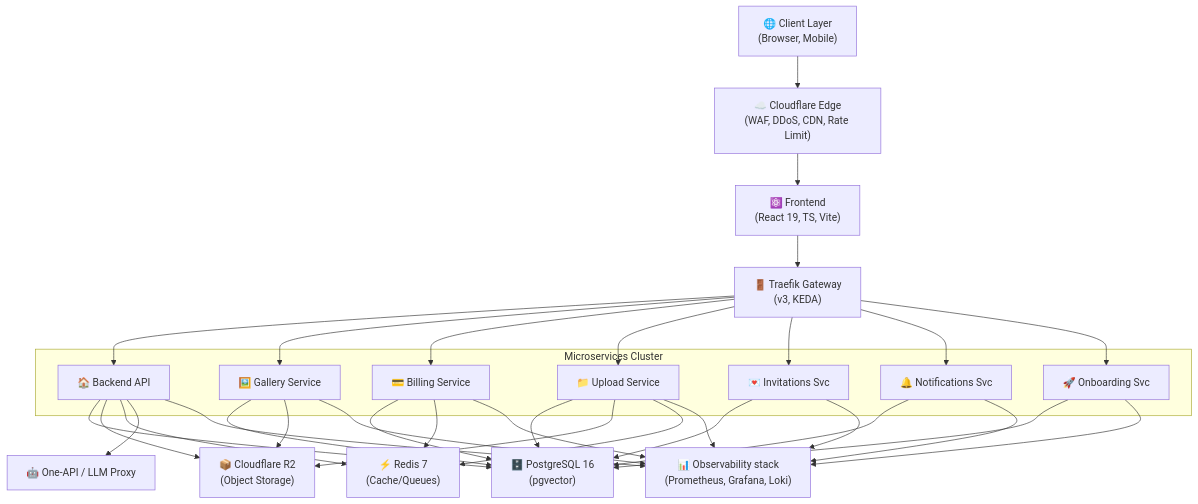
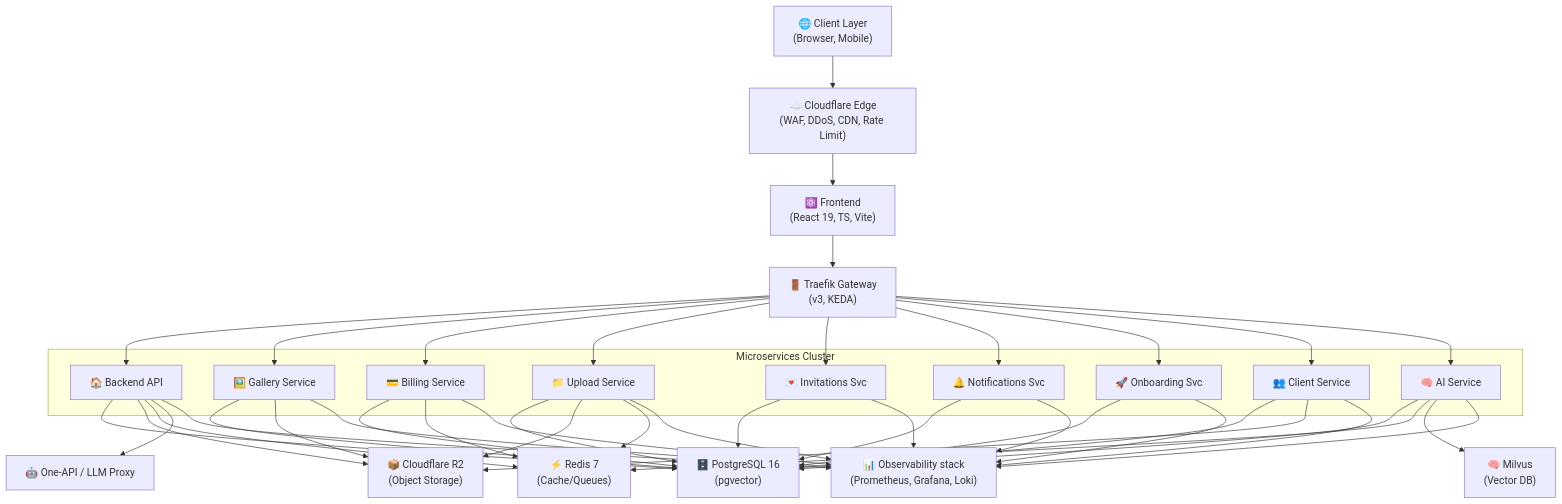
Before and after one commit to veerababumanyam/RawDrive: the diagram in docs/project/01-TECH_STACK.md, drawn with Mermaid. The commit also changed 2 other files, not shown here.

Commit message:
docs: update architecture and readme for v0.3.1

````diff
--- a/docs/project/01-TECH_STACK.md
+++ b/docs/project/01-TECH_STACK.md
@@ -94,45 +94,51 @@
 ```mermaid
 graph TB
     Client["🌐 Client Layer<br/>(Browser, Mobile)"]
     
     CF["☁️ Cloudflare Edge<br/>(WAF, DDoS, CDN, Rate Limit)"]
     
     Frontend["⚛️ Frontend<br/>(React 19, TS, Vite)"]
     
     Ingress["🚪 Traefik Gateway<br/>(v3, KEDA)"]
     
     subgraph "Microservices Cluster"
         Backend["🏠 Backend API"]
         Gallery["🖼️ Gallery Service"]
         Billing["💳 Billing Service"]
         Upload["📁 Upload Service"]
         Invitations["💌 Invitations Svc"]
         Notifications["🔔 Notifications Svc"]
         Onboarding["🚀 Onboarding Svc"]
+        ClientSvc["👥 Client Service"]
+        AISvc["🧠 AI Service"]
     end
     
     DB["🗄️ PostgreSQL 16<br/>(pgvector)"]
     Cache["⚡ Redis 7<br/>(Cache/Queues)"]
     Storage["📦 Cloudflare R2<br/>(Object Storage)"]
+    Milvus["🧠 Milvus<br/>(Vector DB)"]
     
     Obs["📊 Observability stack<br/>(Prometheus, Grafana, Loki)"]
     OneAPI["🤖 One-API / LLM Proxy"]
     
     Client --> CF
     CF --> Frontend
     Frontend --> Ingress
     Ingress --> Backend
     Ingress --> Gallery
     Ingress --> Billing
     Ingress --> Upload
     Ingress --> Invitations
     Ingress --> Notifications
     Ingress --> Onboarding
+    Ingress --> ClientSvc
+    Ingress --> AISvc
     
-    Backend & Gallery & Billing & Upload & Invitations & Notifications & Onboarding --> DB
-    Backend & Gallery & Upload --> Storage
-    Backend & Billing & Upload --> Cache
+    Backend & Gallery & Billing & Upload & Invitations & Notifications & Onboarding & ClientSvc & AISvc --> DB
+    Backend & Gallery & Upload & ClientSvc --> Storage
+    Backend & Billing & Upload & AISvc --> Cache
+    AISvc --> Milvus
     Backend --> OneAPI
     
-    Backend & Gallery & Billing & Upload & Invitations & Notifications & Onboarding --> Obs
+    Backend & Gallery & Billing & Upload & Invitations & Notifications & Onboarding & ClientSvc & AISvc --> Obs
 ```
````
